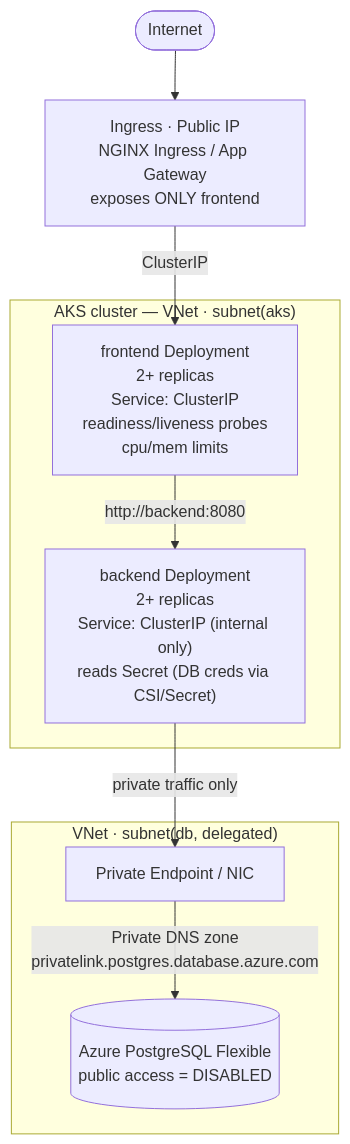
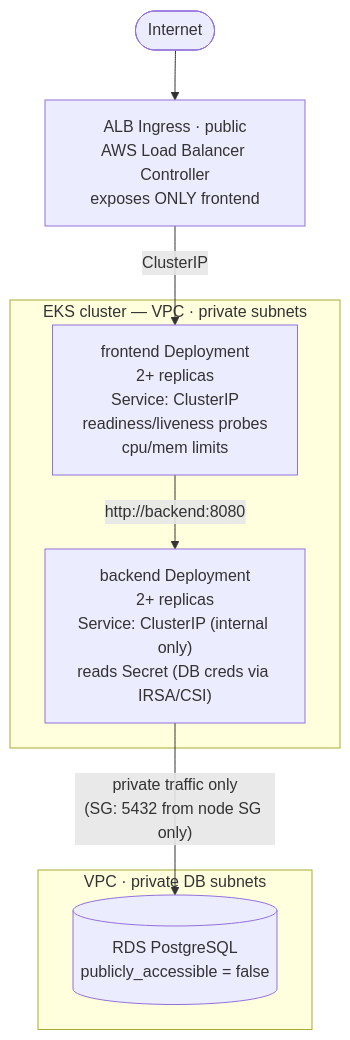
The third of 3 diagrams in plan.md (Abdullah628/devops-assesment), drawn with Mermaid before and after one commit. The commit also changed other lines of this file and 3 other files, not shown here.

````diff
--- a/plan.md
+++ b/plan.md
@@ -102,21 +104,19 @@
 ```mermaid
 flowchart TD
     internet([Internet])
-    internet --> ingress["Ingress · Public IP<br/>NGINX Ingress / App Gateway<br/>exposes ONLY frontend"]
+    internet --> alb["ALB Ingress · public<br/>AWS Load Balancer Controller<br/>exposes ONLY frontend"]
 
-    subgraph aks["AKS cluster — VNet · subnet(aks)"]
+    subgraph eks["EKS cluster — VPC · private subnets"]
         frontend["frontend Deployment<br/>2+ replicas<br/>Service: ClusterIP<br/>readiness/liveness probes<br/>cpu/mem limits"]
-        backend["backend Deployment<br/>2+ replicas<br/>Service: ClusterIP (internal only)<br/>reads Secret (DB creds via CSI/Secret)"]
+        backend["backend Deployment<br/>2+ replicas<br/>Service: ClusterIP (internal only)<br/>reads Secret (DB creds via IRSA/CSI)"]
         frontend -- "http://backend:8080" --> backend
     end
 
-    ingress -- "ClusterIP" --> frontend
+    alb -- "ClusterIP" --> frontend
 
-    subgraph dbnet["VNet · subnet(db, delegated)"]
-        pe["Private Endpoint / NIC"]
-        db[("Azure PostgreSQL Flexible<br/>public access = DISABLED")]
-        pe -- "Private DNS zone<br/>privatelink.postgres.database.azure.com" --> db
+    subgraph dbnet["VPC · private DB subnets"]
+        db[("RDS PostgreSQL<br/>publicly_accessible = false")]
     end
 
-    backend -- "private traffic only" --> pe
+    backend -- "private traffic only<br/>(SG: 5432 from node SG only)" --> db
 ```
````
